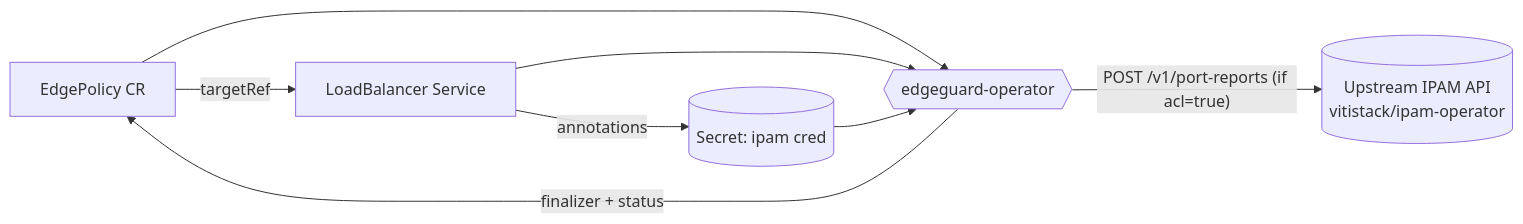
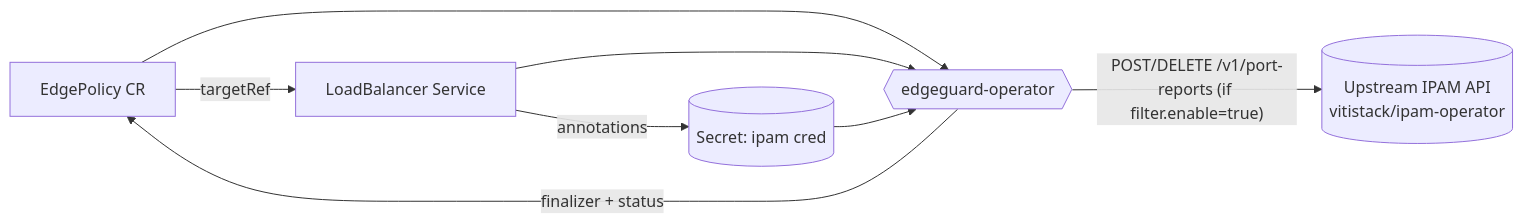
One commit to vitistack/edgeguard-operator changed the diagram in README.md. Above: the diagram before and after it, drawn with Mermaid. The commit also changed other lines of this file, not shown here.

````diff
--- a/README.md
+++ b/README.md
@@ -35,11 +35,11 @@
 ```mermaid
 flowchart LR
     EP[EdgePolicy CR] -- targetRef --> SVC[LoadBalancer Service]
     SVC -- annotations --> SEC[(Secret: ipam cred)]
     OP{{edgeguard-operator}}
     EP --> OP
     SVC --> OP
     SEC --> OP
     OP -- finalizer + status --> EP
-    OP -- "POST /v1/port-reports (if acl=true)" --> UP[(Upstream IPAM API<br/>vitistack/ipam-operator)]
+    OP -- "POST/DELETE /v1/port-reports (if filter.enable=true)" --> UP[(Upstream IPAM API<br/>vitistack/ipam-operator)]
 ```
````
